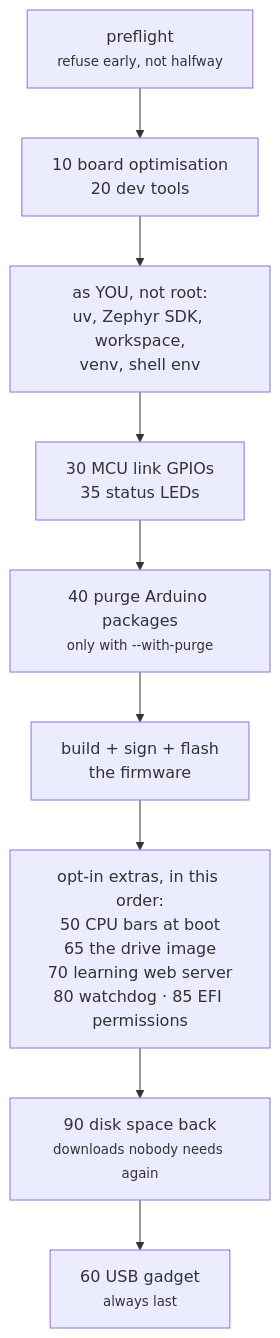
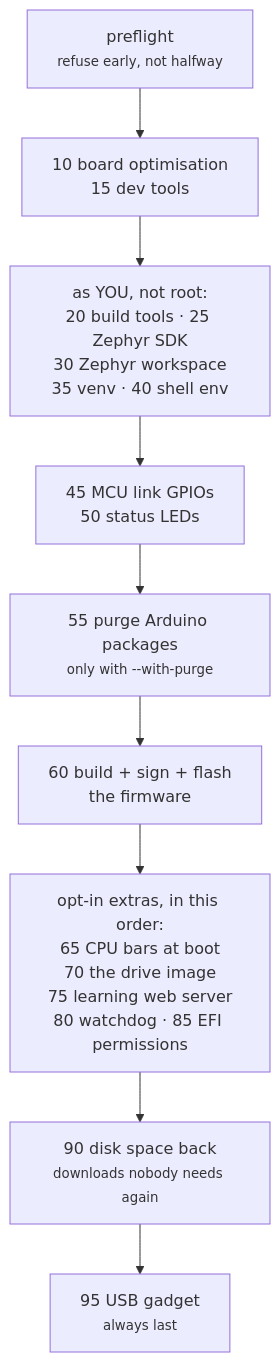
One commit to jim-wyatt/two-computers-one-board changed the diagram in docs/learn/from-factory-to-this.md. Above: the diagram before and after it, drawn with Mermaid. The commit also changed other lines of this file and 48 other files, not shown here.

````diff
--- a/docs/learn/from-factory-to-this.md
+++ b/docs/learn/from-factory-to-this.md
@@ -88,11 +88,11 @@
 ```mermaid
 flowchart TD
-  P["preflight<br/><small>refuse early, not halfway</small>"] --> R1["10 board optimisation<br/>20 dev tools"]
-  R1 --> U["as YOU, not root:<br/>uv, Zephyr SDK, workspace,<br/>venv, shell env"]
-  U --> R3["30 MCU link GPIOs<br/>35 status LEDs"]
-  R3 --> E4["40 purge Arduino packages<br/><small>only with --with-purge</small>"]
-  E4 --> B["build + sign + flash<br/>the firmware"]
-  B --> O["opt-in extras, in this order:<br/>50 CPU bars at boot<br/>65 the drive image<br/>70 learning web server<br/>80 watchdog · 85 EFI permissions"]
+  P["preflight<br/><small>refuse early, not halfway</small>"] --> R1["10 board optimisation<br/>15 dev tools"]
+  R1 --> U["as YOU, not root:<br/>20 build tools · 25 Zephyr SDK<br/>30 Zephyr workspace<br/>35 venv · 40 shell env"]
+  U --> R3["45 MCU link GPIOs<br/>50 status LEDs"]
+  R3 --> E4["55 purge Arduino packages<br/><small>only with --with-purge</small>"]
+  E4 --> B["60 build + sign + flash<br/>the firmware"]
+  B --> O["opt-in extras, in this order:<br/>65 CPU bars at boot<br/>70 the drive image<br/>75 learning web server<br/>80 watchdog · 85 EFI permissions"]
   O --> C["90 disk space back<br/><small>downloads nobody needs again</small>"]
-  C --> E2["60 USB gadget<br/><small>always last</small>"]
+  C --> E2["95 USB gadget<br/><small>always last</small>"]
 ```
````
